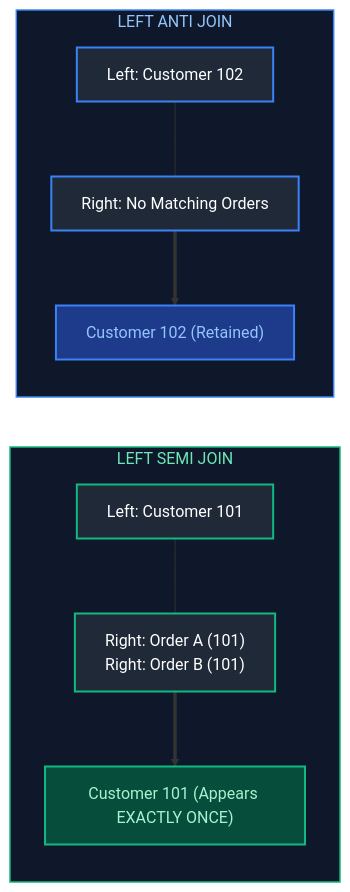
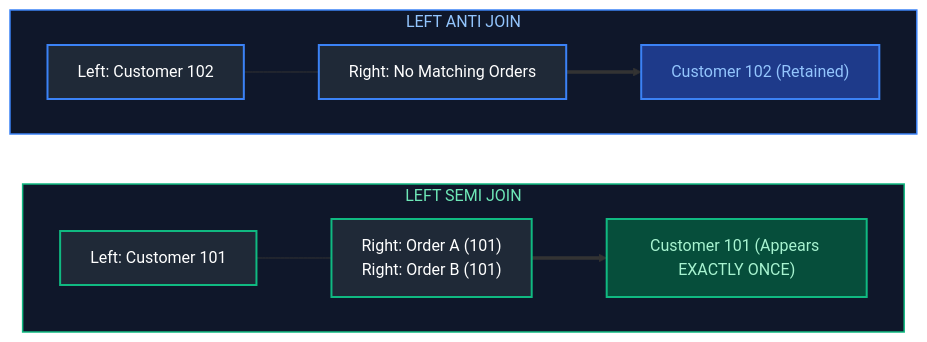
Before and after one commit to joydeep-biswas/Interview-Preparation: the second of 12 diagrams in Data Engineering/02_advanced_sql.md, drawn with Mermaid. The commit also changed other lines of this file and 76 other files, not shown here.

Commit message:
Updated Charts

````diff
--- a/Data Engineering/02_advanced_sql.md
+++ b/Data Engineering/02_advanced_sql.md
@@ -91,19 +91,21 @@
 ```mermaid
 flowchart LR
     subgraph SemiJoin ["LEFT SEMI JOIN"]
+        direction LR
         L1["Left: Customer 101"] --- R1["Right: Order A (101)<br/>Right: Order B (101)"] ==> SJ["Customer 101 (Appears EXACTLY ONCE)"]
     end
     subgraph AntiJoin ["LEFT ANTI JOIN"]
+        direction LR
         L2["Left: Customer 102"] --- R2["Right: No Matching Orders"] ==> AJ["Customer 102 (Retained)"]
     end
 
     style SemiJoin fill:#0f172a,stroke:#10b981,stroke-width:1.5px,color:#6ee7b7
     style AntiJoin fill:#0f172a,stroke:#3b82f6,stroke-width:1.5px,color:#93c5fd
 
     style L1 fill:#1f2937,stroke:#10b981,stroke-width:2px,color:#fff
     style R1 fill:#1f2937,stroke:#10b981,stroke-width:2px,color:#fff
     style SJ fill:#064e3b,stroke:#10b981,stroke-width:2px,color:#a7f3d0
     style L2 fill:#1f2937,stroke:#3b82f6,stroke-width:2px,color:#fff
     style R2 fill:#1f2937,stroke:#3b82f6,stroke-width:2px,color:#fff
     style AJ fill:#1e3a8a,stroke:#3b82f6,stroke-width:2px,color:#93c5fd
 ```
````
